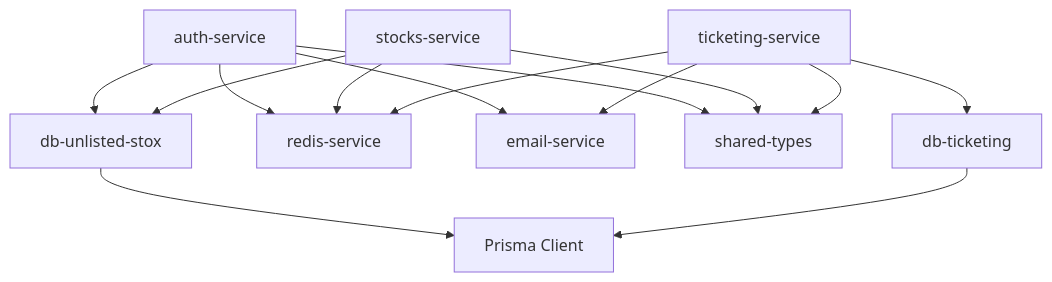
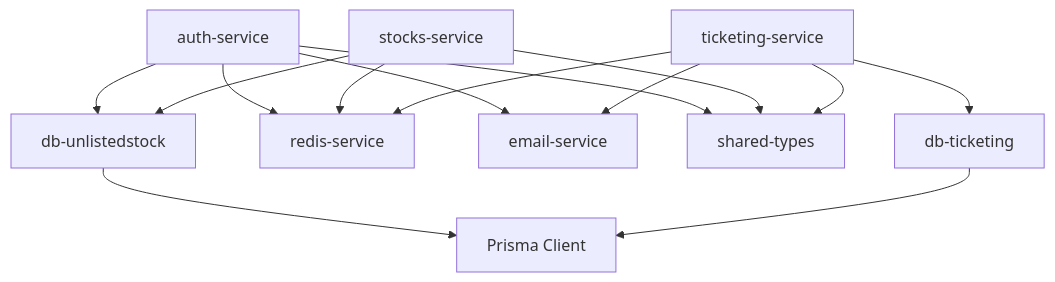
One commit to Enxt-AI/alankit changed the diagram in docs/MONOREPO_DOCKER_GUIDE.md. Above: the diagram before and after it, drawn with Mermaid. The commit also changed other lines of this file and 21 other files, not shown here.

````diff
--- a/docs/MONOREPO_DOCKER_GUIDE.md
+++ b/docs/MONOREPO_DOCKER_GUIDE.md
@@ -36,19 +36,19 @@
 ```mermaid
 graph TD
-    A[auth-service] --> B[db-unlisted-stox]
+    A[auth-service] --> B[db-unlistedstock]
     A --> C[redis-service]
     A --> D[email-service]
     A --> E[shared-types]
 
     F[stocks-service] --> B
     F --> C
     F --> E
 
     G[ticketing-service] --> H[db-ticketing]
     G --> C
     G --> D
     G --> E
 
     B --> I[Prisma Client]
     H --> I
 ```
````
